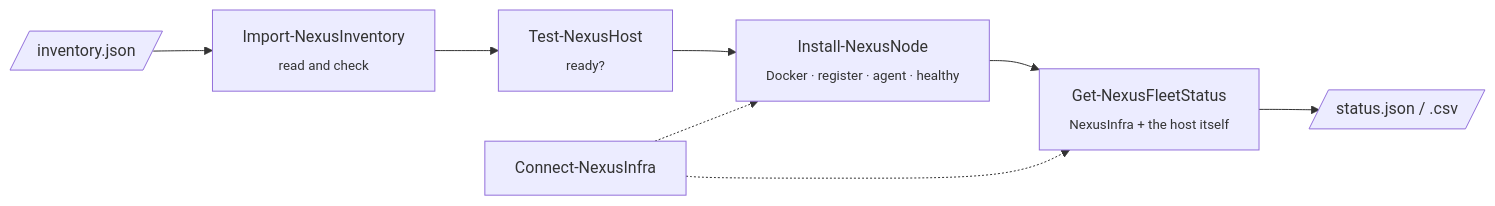
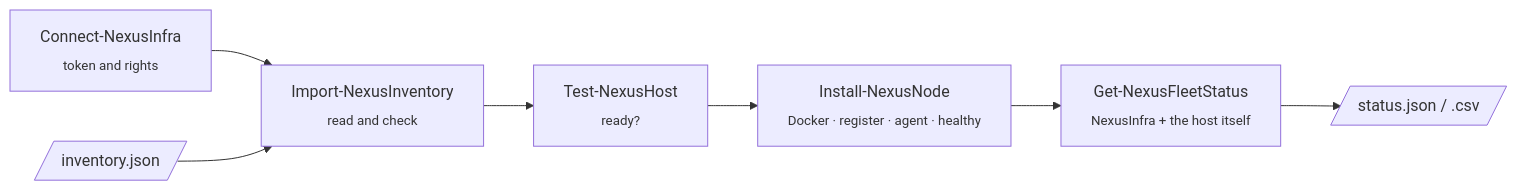
The diagram in README.md (Tombomeke-Studios/NexusFleet), drawn with Mermaid before and after one commit. The commit also changed other lines of this file, not shown here.

Commit message:
docs(docs): straighten the flow diagram and label the feature table

````diff
--- a/README.md
+++ b/README.md
@@ -41,10 +41,9 @@
 ```mermaid
 flowchart LR
-    inv[/"inventory.json"/] --> imp["Import-NexusInventory<br/><sub>read and check</sub>"]
+    con["Connect-NexusInfra<br/><sub>token and rights</sub>"] --> imp["Import-NexusInventory<br/><sub>read and check</sub>"]
+    inv[/"inventory.json"/] --> imp
     imp --> test["Test-NexusHost<br/><sub>ready?</sub>"]
     test --> inst["Install-NexusNode<br/><sub>Docker · register · agent · healthy</sub>"]
     inst --> stat["Get-NexusFleetStatus<br/><sub>NexusInfra + the host itself</sub>"]
     stat --> exp[/"status.json / .csv"/]
-    con["Connect-NexusInfra"] -.-> inst
-    con -.-> stat
 ```
````
